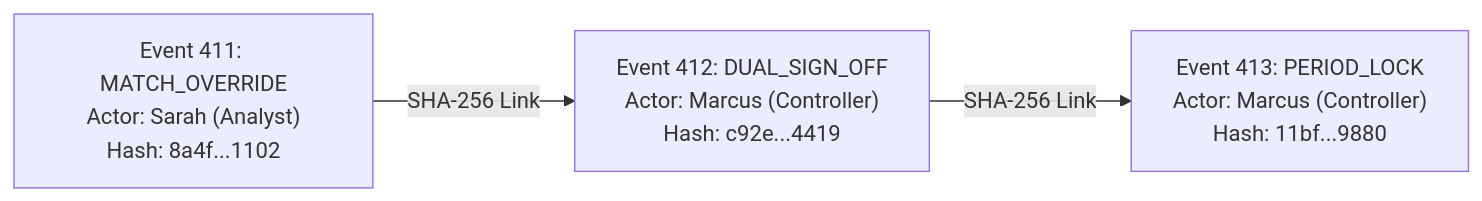
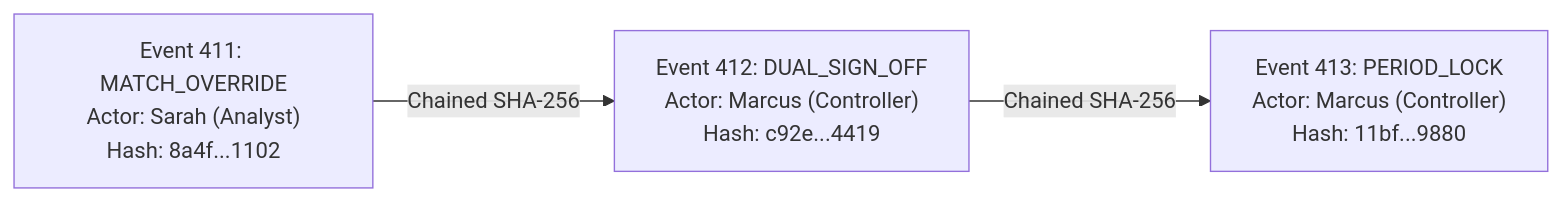
Before and after one commit to MazedOut/TallyBook_Ai_Finance_Controller: the fifth of 5 diagrams in README.md, drawn with Mermaid. The commit also changed other lines of this file and 33 other files, not shown here.

````diff
--- a/README.md
+++ b/README.md
@@ -186,5 +267,5 @@
 ```mermaid
 graph LR
-    E1["Event 411: MATCH_OVERRIDE\nActor: Sarah (Analyst)\nHash: 8a4f...1102"] -->|SHA-256 Link| E2["Event 412: DUAL_SIGN_OFF\nActor: Marcus (Controller)\nHash: c92e...4419"]
-    E2 -->|SHA-256 Link| E3["Event 413: PERIOD_LOCK\nActor: Marcus (Controller)\nHash: 11bf...9880"]
+    E1["Event 411: MATCH_OVERRIDE\nActor: Sarah (Analyst)\nHash: 8a4f...1102"] -->|Chained SHA-256| E2["Event 412: DUAL_SIGN_OFF\nActor: Marcus (Controller)\nHash: c92e...4419"]
+    E2 -->|Chained SHA-256| E3["Event 413: PERIOD_LOCK\nActor: Marcus (Controller)\nHash: 11bf...9880"]
 ```
````
